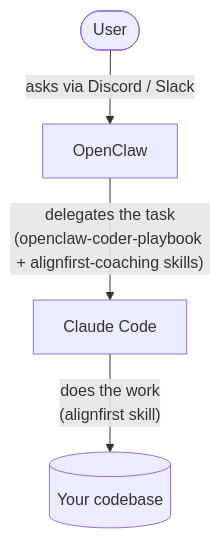
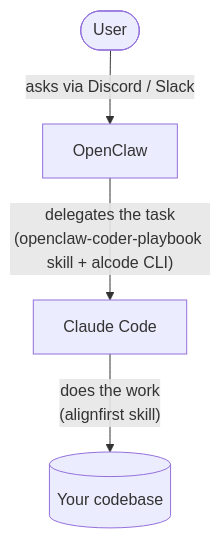
One commit to paleo/alignfirst changed the diagram in openclaw-coder/README.md. Above: the diagram before and after it, drawn with Mermaid. The commit also changed other lines of this file and 88 other files, not shown here.

First line of the commit message:
feat: alcode CLI replaces coaching script (#28)

````diff
--- a/openclaw-coder/README.md
+++ b/openclaw-coder/README.md
@@ -12,6 +12,6 @@
 ```mermaid
 flowchart TD
   U([User]) -->|"asks via Discord / Slack"| O[OpenClaw]
-  O -->|"delegates the task<br/>(openclaw-coder-playbook + alignfirst-coaching skills)"| CC[Claude Code]
+  O -->|"delegates the task<br/>(openclaw-coder-playbook skill + alcode CLI)"| CC[Claude Code]
   CC -->|"does the work<br/>(alignfirst skill)"| FS[(Your codebase)]
 ```
````
